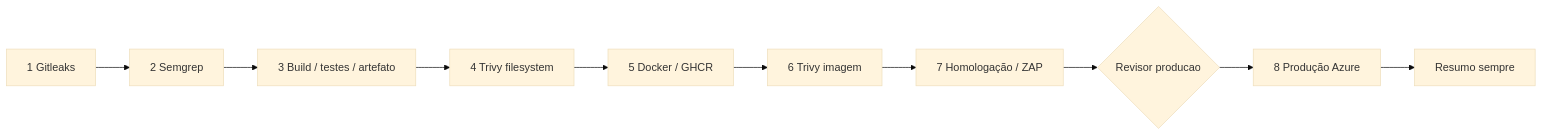
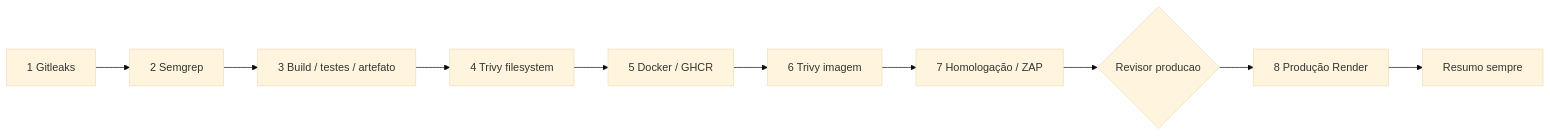
The diagram in README.md (PedroBalles/CP3-DevSecOps-Challenge), drawn with Mermaid (base theme) before and after one commit. The commit also changed other lines of this file and 5 other files, not shown here.

First line of the commit message:
feat(deploy): etapa 8 passa a usar Render em vez de Azure

````diff
--- a/README.md
+++ b/README.md
@@ -19,12 +19,12 @@
 ```mermaid
 flowchart LR
   A[1 Gitleaks] --> B[2 Semgrep]
   B --> C[3 Build / testes / artefato]
   C --> D[4 Trivy filesystem]
   D --> E[5 Docker / GHCR]
   E --> F[6 Trivy imagem]
   F --> G[7 Homologação / ZAP]
   G --> H{Revisor producao}
-  H --> I[8 Produção Azure]
+  H --> I[8 Produção Render]
   I --> J[Resumo sempre]
 ```
````
